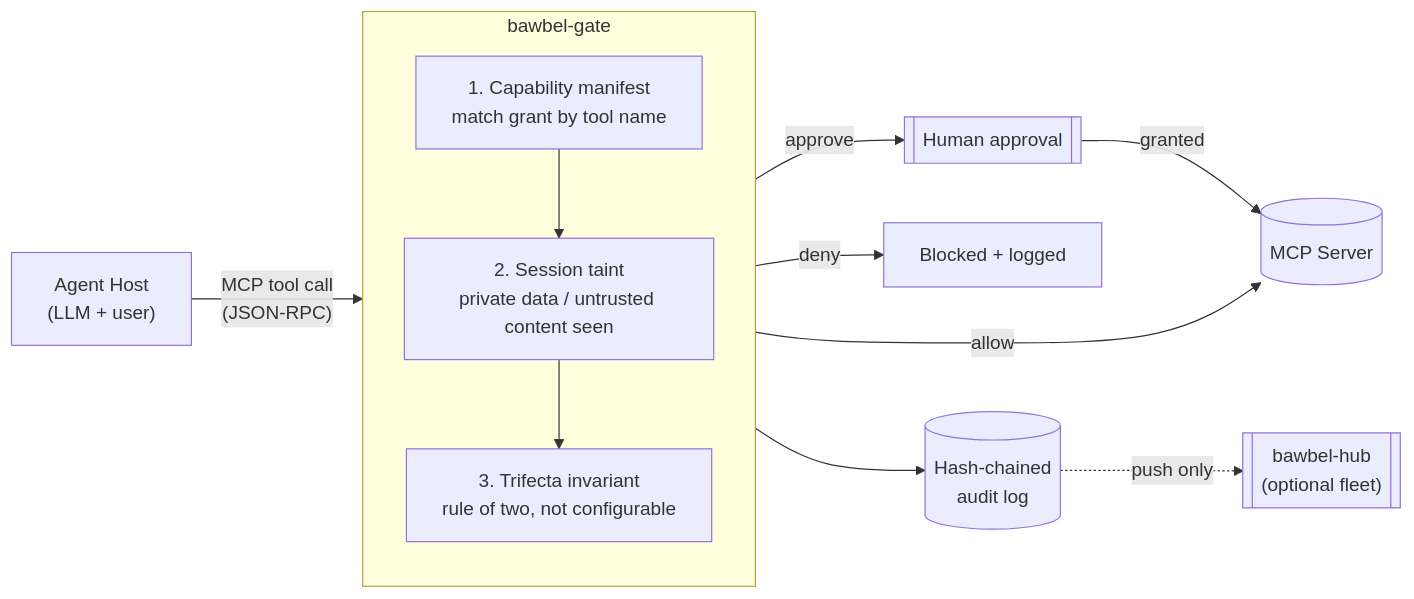
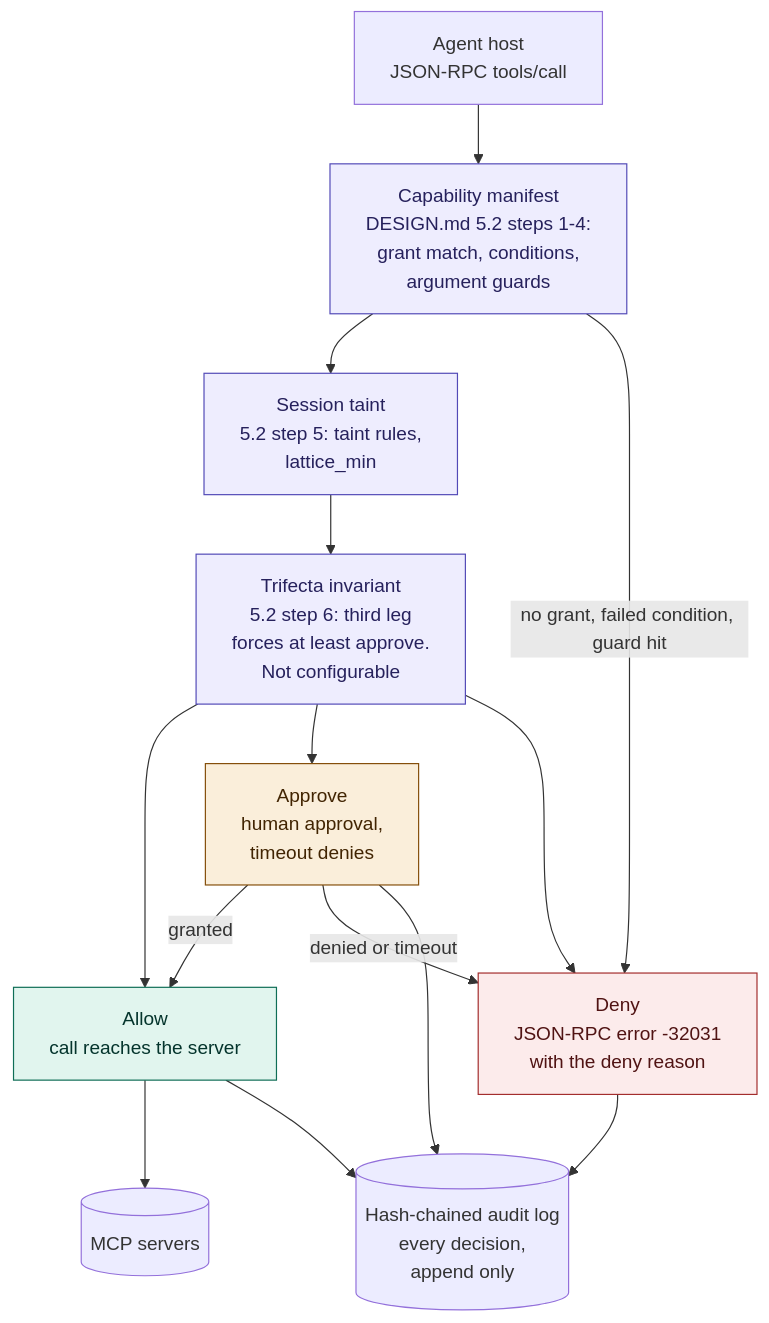
Before and after one commit to bawbel/gate: the diagram in README.md, drawn with Mermaid. The commit also changed other lines of this file and 11 other files, not shown here.

````diff
--- a/README.md
+++ b/README.md
@@ -37,20 +49,33 @@
 ```mermaid
-flowchart LR
-    Host["Agent Host<br/>(LLM + user)"] -->|"MCP tool call<br/>(JSON-RPC)"| Gate
+flowchart TD
+    HOST["Agent host<br/>JSON-RPC tools/call"]
+    M["Capability manifest<br/>DESIGN.md 5.2 steps 1-4:<br/>grant match, conditions,<br/>argument guards"]
+    T["Session taint<br/>5.2 step 5: taint rules,<br/>lattice_min"]
+    TRI["Trifecta invariant<br/>5.2 step 6: third leg<br/>forces at least approve.<br/>Not configurable"]
+    A["Allow<br/>call reaches the server"]
+    AP["Approve<br/>human approval,<br/>timeout denies"]
+    D["Deny<br/>JSON-RPC error -32031<br/>with the deny reason"]
+    AUD[("Hash-chained audit log<br/>every decision,<br/>append only")]
+    SRV[("MCP servers")]
 
-    subgraph Gate["bawbel-gate"]
-        direction TB
-        Manifest["1. Capability manifest<br/>match grant by tool name"]
-        Taint["2. Session taint<br/>private data / untrusted content seen"]
-        Trifecta["3. Trifecta invariant<br/>rule of two, not configurable"]
-        Manifest --> Taint --> Trifecta
-    end
+    HOST --> M --> T --> TRI
+    M -->|"no grant, failed condition, guard hit"| D
+    TRI --> A
+    TRI --> AP
+    TRI --> D
+    AP -->|granted| A
+    AP -->|"denied or timeout"| D
+    A --> SRV
+    A --> AUD
+    AP --> AUD
+    D --> AUD
 
-    Trifecta -->|allow| Server[("MCP Server")]
-    Trifecta -->|approve| Human[["Human approval"]]
-    Human -->|granted| Server
-    Trifecta -->|deny| Blocked["Blocked + logged"]
-
-    Gate --> Audit[("Hash-chained<br/>audit log")]
-    Audit -.push only.-> Hub[["bawbel-hub<br/>(optional fleet)"]]
+    classDef check fill:#EEEDFE,stroke:#534AB7,color:#26215C
+    classDef ok fill:#E1F5EE,stroke:#0F6E56,color:#04342C
+    classDef warn fill:#FAEEDA,stroke:#854F0B,color:#412402
+    classDef bad fill:#FCEBEB,stroke:#A32D2D,color:#501313
+    class M,T,TRI check
+    class A ok
+    class AP warn
+    class D bad
 ```
````
